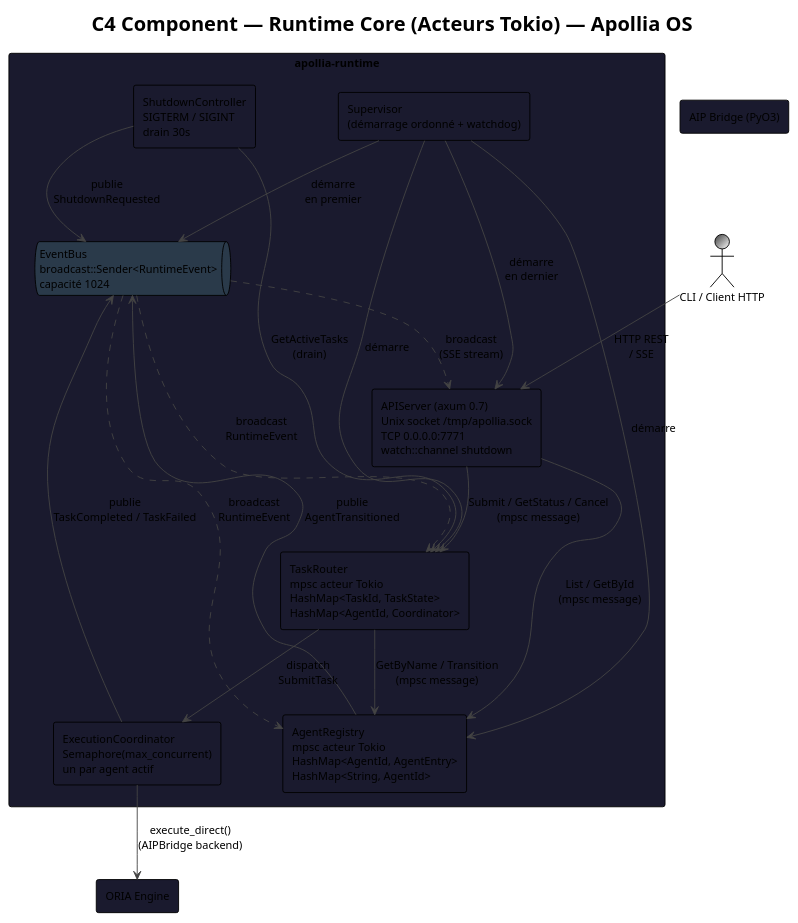
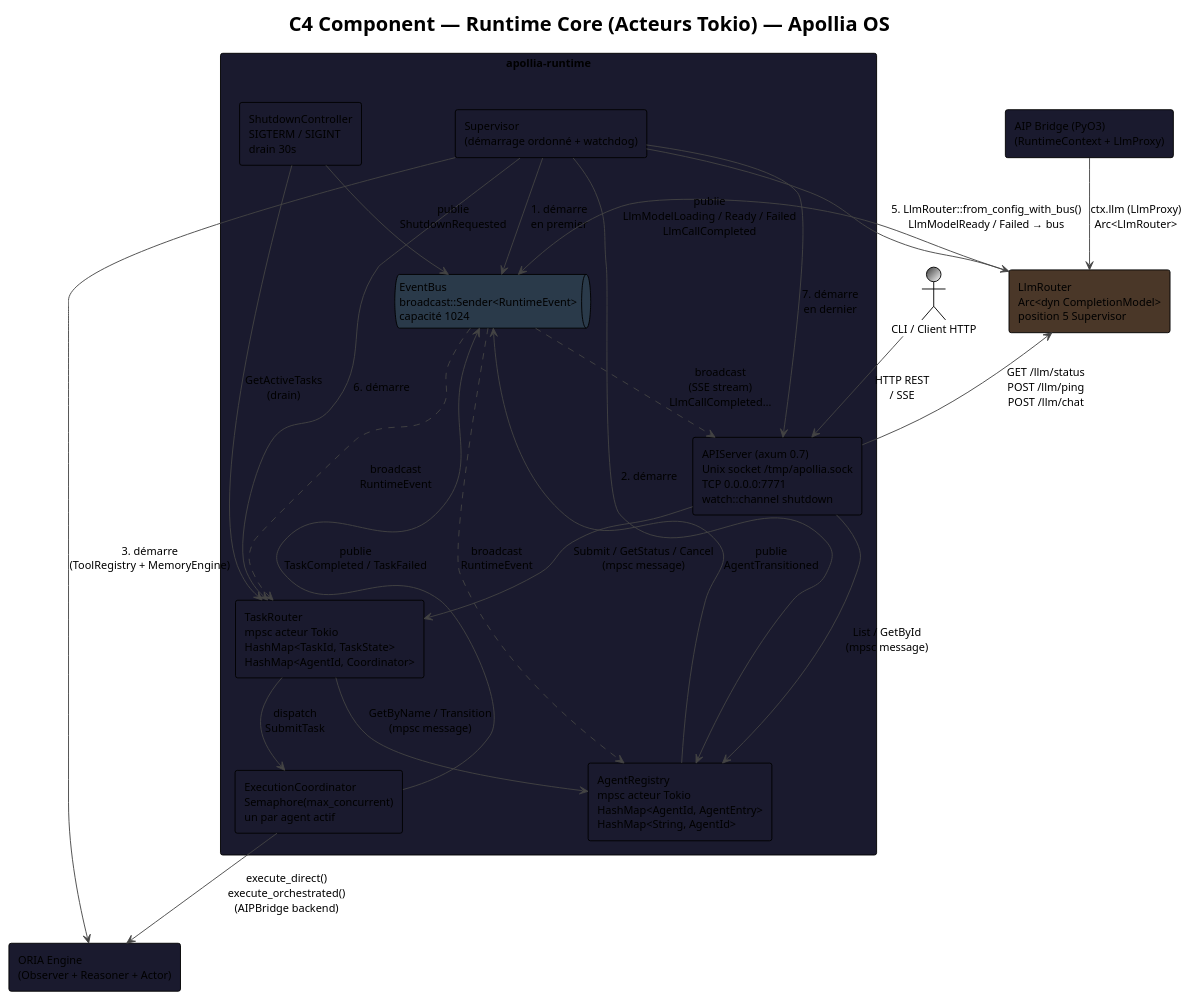
One commit to nidal-z/apollia-os changed the diagram in docs/diagrams/c4-component-runtime-core.puml. Above: the diagram before and after it, drawn with PlantUML. The commit also changed 28 other files, not shown here.

```diff
--- a/docs/diagrams/c4-component-runtime-core.puml
+++ b/docs/diagrams/c4-component-runtime-core.puml
@@ -1,57 +1,66 @@
 @startuml c4-component-runtime-core
 !theme plain
 skinparam backgroundColor #FFFFFF
 skinparam defaultFontName "JetBrains Mono"
 skinparam defaultFontSize 12
 skinparam ArrowColor #444444
 skinparam BorderColor #444444
 
 title C4 Component — Runtime Core (Acteurs Tokio) — Apollia OS
 
 rectangle "apollia-runtime" as runtime #1a1a2e {
 
   rectangle "Supervisor\n(démarrage ordonné + watchdog)" as sup #1a1a2e
 
   queue "EventBus\nbroadcast::Sender<RuntimeEvent>\ncapacité 1024" as bus #2a3a4a
 
   rectangle "AgentRegistry\nmpsc acteur Tokio\nHashMap<AgentId, AgentEntry>\nHashMap<String, AgentId>" as reg #1a1a2e
 
   rectangle "TaskRouter\nmpsc acteur Tokio\nHashMap<TaskId, TaskState>\nHashMap<AgentId, Coordinator>" as router #1a1a2e
 
   rectangle "ExecutionCoordinator\nSemaphore(max_concurrent)\nun par agent actif" as coord #1a1a2e
 
   rectangle "APIServer (axum 0.7)\nUnix socket /tmp/apollia.sock\nTCP 0.0.0.0:7771\nwatch::channel shutdown" as api #1a1a2e
 
   rectangle "ShutdownController\nSIGTERM / SIGINT\ndrain 30s" as shutdown #1a1a2e
 }
 
-rectangle "ORIA Engine" as oria #1a1a2e
-rectangle "AIP Bridge (PyO3)" as aip #1a1a2e
+rectangle "LlmRouter\nArc<dyn CompletionModel>\nposition 5 Supervisor" as llm #4a3728
+
+rectangle "ORIA Engine\n(Observer + Reasoner + Actor)" as oria #1a1a2e
+rectangle "AIP Bridge (PyO3)\n(RuntimeContext + LlmProxy)" as aip #1a1a2e
 actor "CLI / Client HTTP" as cli #3a3a3a/white
 
-sup --> bus : démarre\nen premier
-sup --> reg : démarre
-sup --> router : démarre
-sup --> api : démarre\nen dernier
+' --- ordre de démarrage Supervisor (1→7) ---
+sup --> bus    : 1. démarre\nen premier
+sup --> reg    : 2. démarre
+sup --> oria   : 3. démarre\n(ToolRegistry + MemoryEngine)
+sup --> llm    : 5. LlmRouter::from_config_with_bus()\nLlmModelReady / Failed → bus
+sup --> router : 6. démarre
+sup --> api    : 7. démarre\nen dernier
 
-bus ..> reg : broadcast\nRuntimeEvent
+bus ..> reg    : broadcast\nRuntimeEvent
 bus ..> router : broadcast\nRuntimeEvent
-bus ..> api : broadcast\n(SSE stream)
+bus ..> api    : broadcast\n(SSE stream)\nLlmCallCompleted…
 
-reg --> bus : publie\nAgentTransitioned
+reg    --> bus    : publie\nAgentTransitioned
+llm    --> bus    : publie\nLlmModelLoading / Ready / Failed\nLlmCallCompleted
 
-router --> reg : GetByName / Transition\n(mpsc message)
-router --> coord : dispatch\nSubmitTask
+router --> reg    : GetByName / Transition\n(mpsc message)
+router --> coord  : dispatch\nSubmitTask
 
-coord --> oria : execute_direct()\n(AIPBridge backend)
-coord --> bus : publie\nTaskCompleted / TaskFailed
+coord  --> oria   : execute_direct()\nexecute_orchestrated()\n(AIPBridge backend)
+coord  --> bus    : publie\nTaskCompleted / TaskFailed
 
-api --> router : Submit / GetStatus / Cancel\n(mpsc message)
-api --> reg : List / GetById\n(mpsc message)
+api    --> router : Submit / GetStatus / Cancel\n(mpsc message)
+api    --> reg    : List / GetById\n(mpsc message)
+api    --> llm    : GET /llm/status\nPOST /llm/ping\nPOST /llm/chat
 
-shutdown --> bus : publie\nShutdownRequested
+aip    --> llm    : ctx.llm (LlmProxy)\nArc<LlmRouter>
+
+shutdown --> bus    : publie\nShutdownRequested
 shutdown --> router : GetActiveTasks\n(drain)
 
 cli --> api : HTTP REST\n/ SSE
 
 @enduml
```
